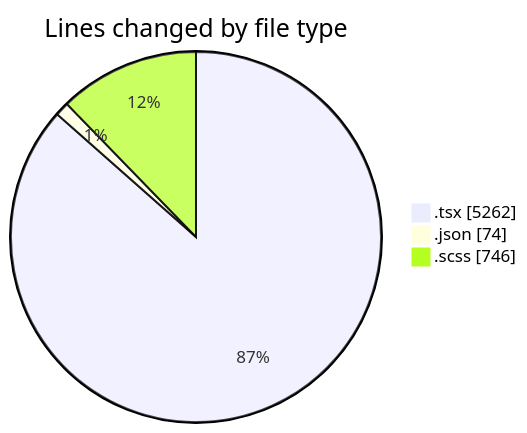
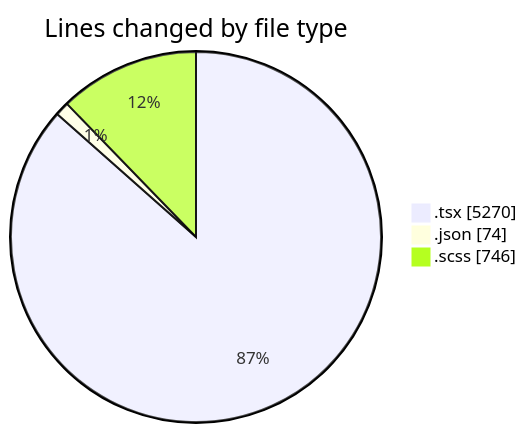
Before and after one commit to momahboobian/code-tracking: the first of 2 diagrams in 2025-04-08/cda/README.md, drawn with Mermaid. The commit also changed other lines of this file and 1 other file, not shown here.

````diff
--- a/2025-04-08/cda/README.md
+++ b/2025-04-08/cda/README.md
@@ -36,7 +36,7 @@
 ```mermaid
 pie showData
 title Lines changed by file type
-".tsx" : 5262
+".tsx" : 5270
 ".json" : 74
 ".scss" : 746
 ```
````
